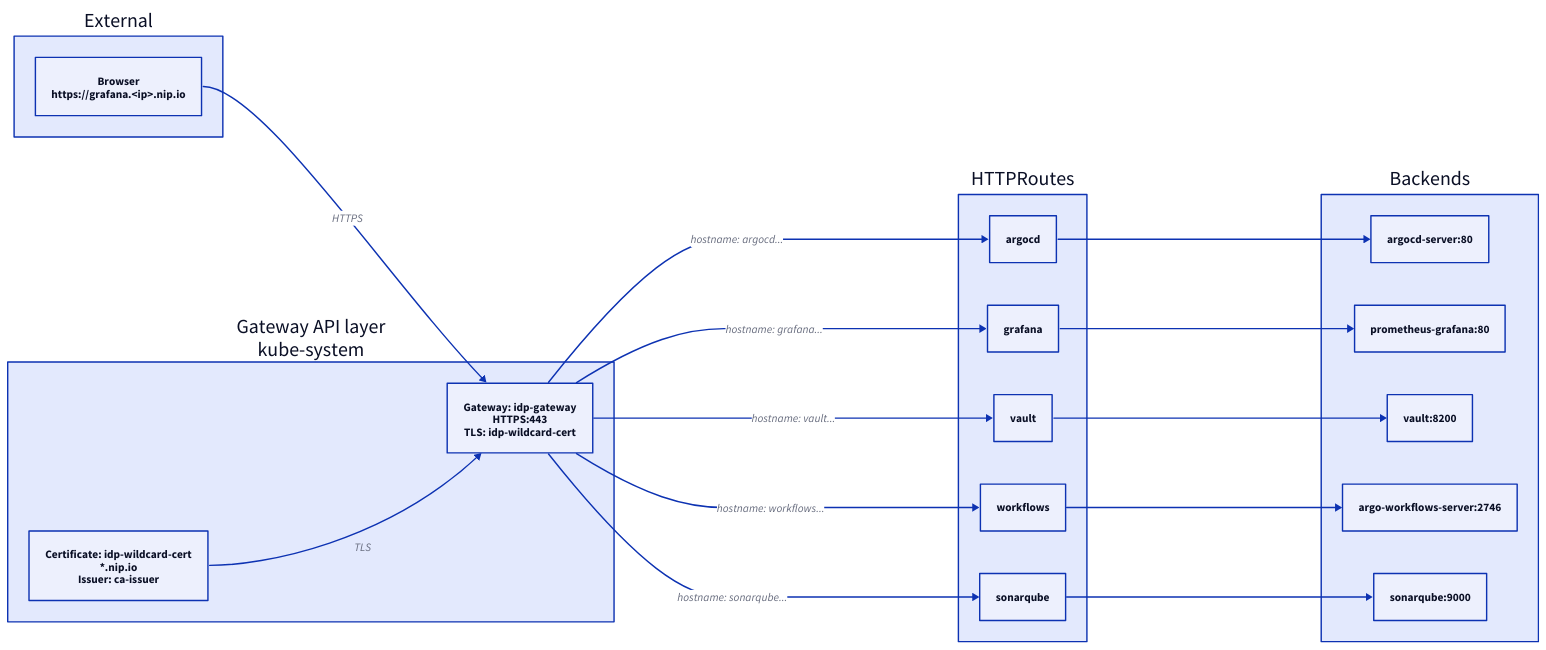
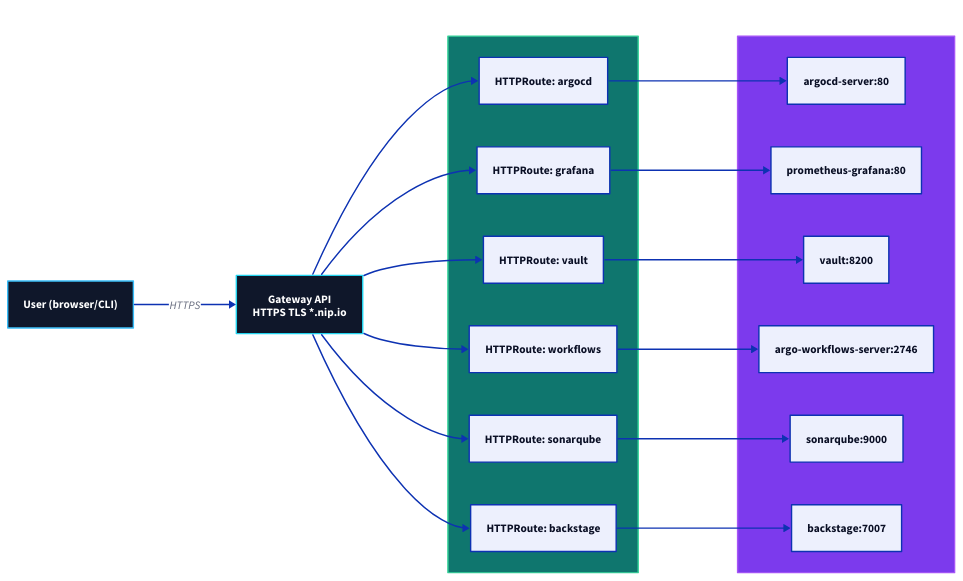
The second of 2 diagrams in Docs/architecture/visual.md (rou-cru/idp-blueprint), drawn with D2 before and after one commit. The commit also changed other lines of this file and 22 other files, not shown here.

````diff
--- a/Docs/architecture/visual.md
+++ b/Docs/architecture/visual.md
@@ -149,46 +36,47 @@
 ```d2
 direction: right
 
-External: {
-  Browser: "Browser\nhttps://grafana.<ip>.nip.io"
-}
+classes: { gateway: { style.fill: "#0f172a"; style.stroke: "#22d3ee"; style.font-color: white }
+           route: { style.fill: "#0f766e"; style.stroke: "#34d399"; style.font-color: white }
+           backend: { style.fill: "#7c3aed"; style.stroke: "#a855f7"; style.font-color: white }
+           actor: { style.fill: "#0f172a"; style.stroke: "#38bdf8"; style.font-color: white } }
 
-GatewayNS: {
-  label: "Gateway API layer\nkube-system"
-  Gateway: "Gateway: idp-gateway\nHTTPS:443\nTLS: idp-wildcard-cert"
-  Cert: "Certificate: idp-wildcard-cert\n*.nip.io\nIssuer: ca-issuer"
-}
+User: { class: actor; label: "User (browser/CLI)" }
+
+Gateway: { class: gateway; label: "Gateway API\nHTTPS TLS *.nip.io" }
 
 Routes: {
-  label: "HTTPRoutes"
-  HR1: "argocd"
-  HR2: "grafana"
-  HR3: "vault"
-  HR4: "workflows"
-  HR5: "sonarqube"
+  class: route
+  Argo: "HTTPRoute: argocd"
+  Grafana: "HTTPRoute: grafana"
+  Vault: "HTTPRoute: vault"
+  Workflows: "HTTPRoute: workflows"
+  Sonar: "HTTPRoute: sonarqube"
+  Backstage: "HTTPRoute: backstage"
 }
 
 Backends: {
-  label: "Backends"
+  class: backend
   S1: "argocd-server:80"
   S2: "prometheus-grafana:80"
   S3: "vault:8200"
   S4: "argo-workflows-server:2746"
   S5: "sonarqube:9000"
+  S6: "backstage:7007"
 }
 
-External.Browser -> GatewayNS.Gateway: "HTTPS"
-GatewayNS.Gateway -> Routes.HR1: "hostname: argocd..."
-GatewayNS.Gateway -> Routes.HR2: "hostname: grafana..."
-GatewayNS.Gateway -> Routes.HR3: "hostname: vault..."
-GatewayNS.Gateway -> Routes.HR4: "hostname: workflows..."
-GatewayNS.Gateway -> Routes.HR5: "hostname: sonarqube..."
+User -> Gateway: "HTTPS"
+Gateway -> Routes.Argo
+Gateway -> Routes.Grafana
+Gateway -> Routes.Vault
+Gateway -> Routes.Workflows
+Gateway -> Routes.Sonar
+Gateway -> Routes.Backstage
 
-Routes.HR1 -> Backends.S1
-Routes.HR2 -> Backends.S2
-Routes.HR3 -> Backends.S3
-Routes.HR4 -> Backends.S4
-Routes.HR5 -> Backends.S5
-
-GatewayNS.Cert -> GatewayNS.Gateway: "TLS"
+Routes.Argo -> Backends.S1
+Routes.Grafana -> Backends.S2
+Routes.Vault -> Backends.S3
+Routes.Workflows -> Backends.S4
+Routes.Sonar -> Backends.S5
+Routes.Backstage -> Backends.S6
 ```
````
